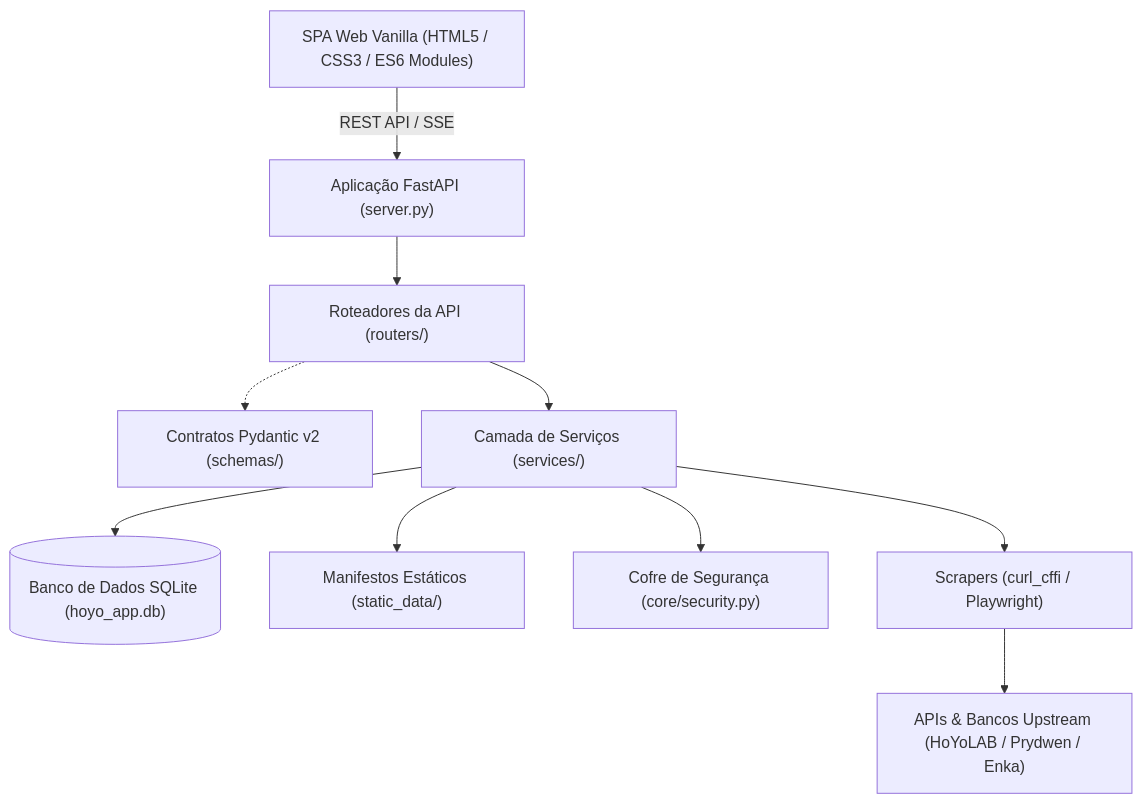
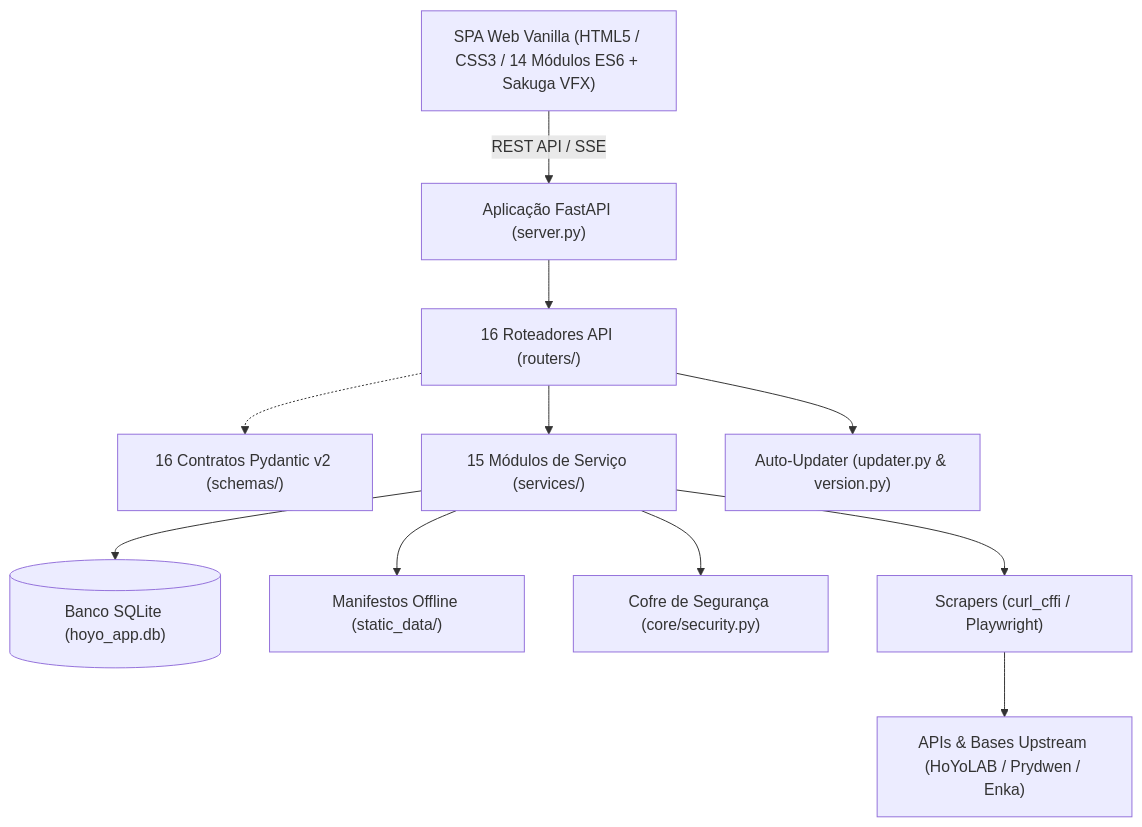
One commit to Lacas0010/Cabeca_de_Droid changed the diagram in README.pt-BR.md. Above: the diagram before and after it, drawn with Mermaid. The commit also changed other lines of this file and 10 other files, not shown here.

Commit message:
docs: atualiza documentacao completa e prepara release v1.2.0 com Auto-Updater

````diff
--- a/README.pt-BR.md
+++ b/README.pt-BR.md
@@ -214,12 +193,13 @@
 ```mermaid
 graph TD
-    UI["SPA Web Vanilla (HTML5 / CSS3 / ES6 Modules)"] -->|REST API / SSE| API["Aplicação FastAPI (server.py)"]
-    API --> Routers["Roteadores da API (routers/)"]
-    Routers -.-> Schemas["Contratos Pydantic v2 (schemas/)"]
-    Routers --> Services["Camada de Serviços (services/)"]
-    Services --> DB[("Banco de Dados SQLite (hoyo_app.db)")]
-    Services --> Static["Manifestos Estáticos (static_data/)"]
+    UI["SPA Web Vanilla (HTML5 / CSS3 / 14 Módulos ES6 + Sakuga VFX)"] -->|REST API / SSE| API["Aplicação FastAPI (server.py)"]
+    API --> Routers["16 Roteadores API (routers/)"]
+    Routers -.-> Schemas["16 Contratos Pydantic v2 (schemas/)"]
+    Routers --> Services["15 Módulos de Serviço (services/)"]
+    Routers --> Updater["Auto-Updater (updater.py & version.py)"]
+    Services --> DB[("Banco SQLite (hoyo_app.db)")]
+    Services --> Static["Manifestos Offline (static_data/)"]
     Services --> Vault["Cofre de Segurança (core/security.py)"]
     Services --> Scrapers["Scrapers (curl_cffi / Playwright)"]
-    Scrapers --> Ext["APIs & Bancos Upstream (HoYoLAB / Prydwen / Enka)"]
+    Scrapers --> Ext["APIs & Bases Upstream (HoYoLAB / Prydwen / Enka)"]
 ```
````
